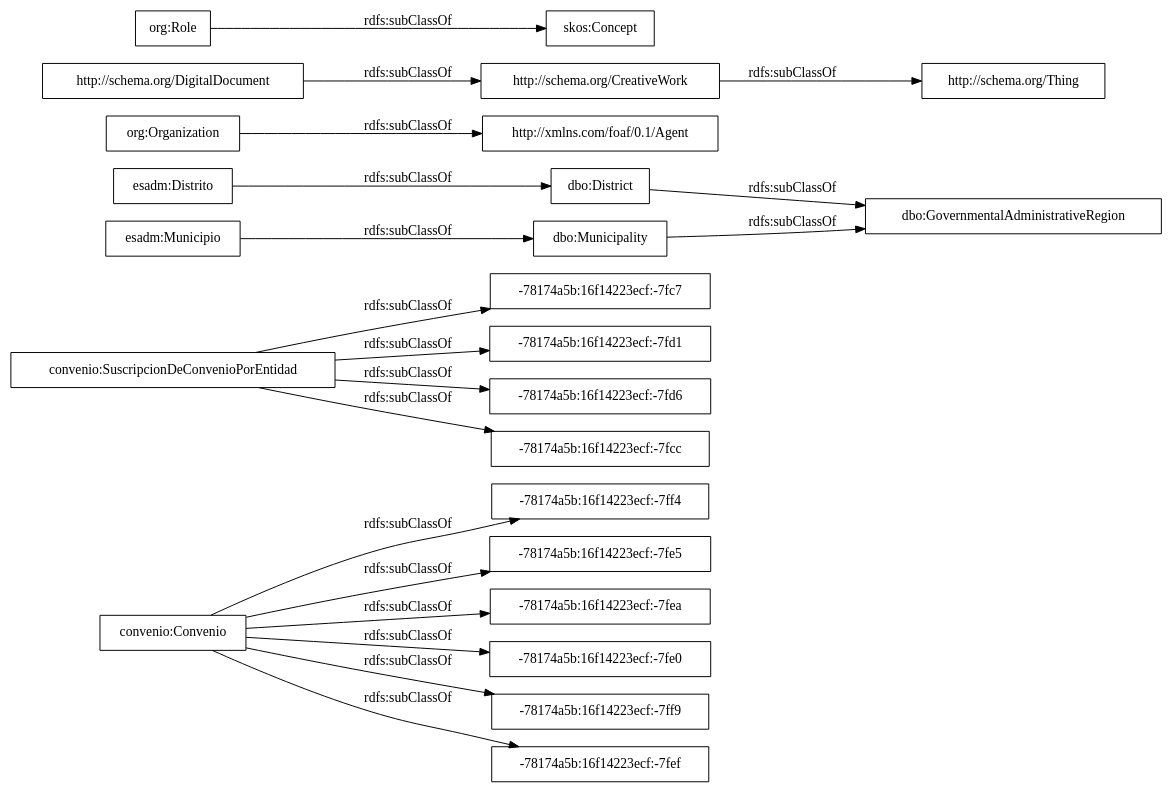
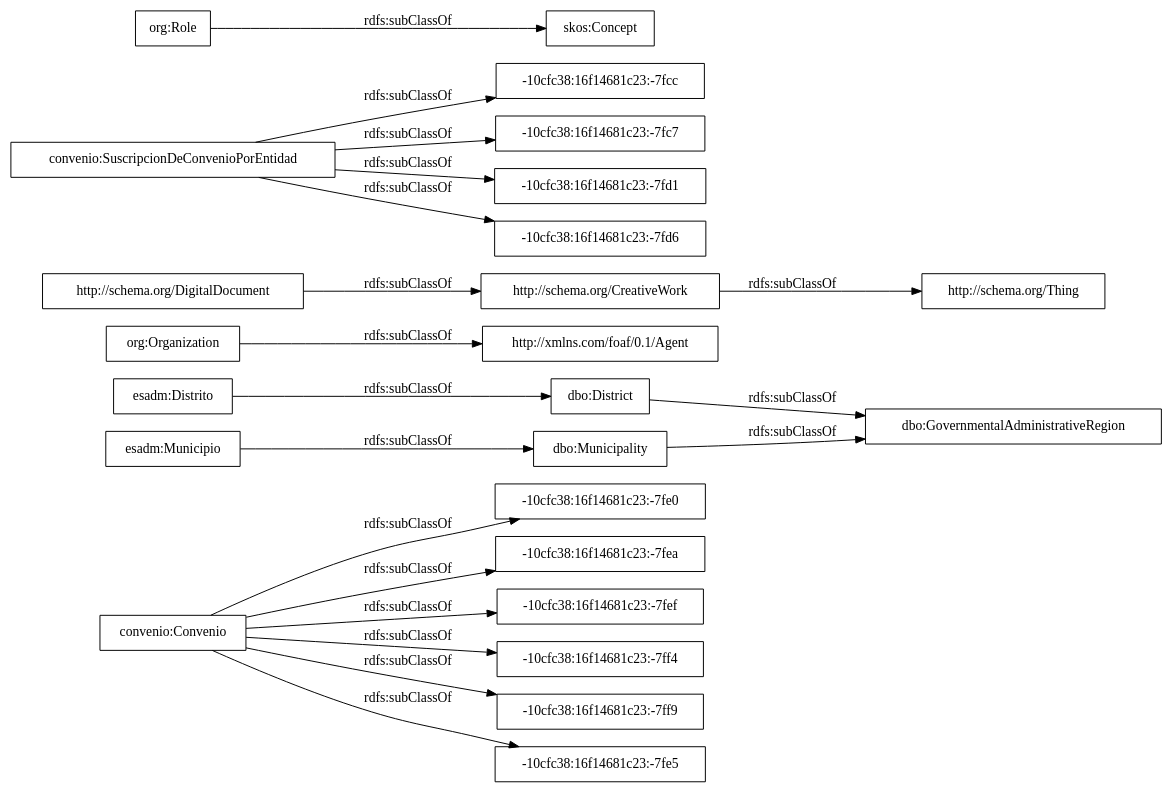
The diagram in OnToology/ontology/convenio.owl/diagrams/ar2dtool-taxonomy/convenio.owl.png.dot (opencitydata/sector-publico-convenio-old), drawn with Graphviz before and after one commit. The commit also changed 21 other files, not shown here.

```diff
--- a/OnToology/ontology/convenio.owl/diagrams/ar2dtool-taxonomy/convenio.owl.png.dot
+++ b/OnToology/ontology/convenio.owl/diagrams/ar2dtool-taxonomy/convenio.owl.png.dot
@@ -1,24 +1,24 @@
 digraph ar2dtool_diagram { 
 rankdir=LR;
 size="1000"
-node [shape = rectangle, color="black"]; "convenio:Convenio" "-78174a5b:16f14223ecf:-7fc7" "dbo:GovernmentalAdministrativeRegion" "http://xmlns.com/foaf/0.1/Agent" "http://schema.org/CreativeWork" "-78174a5b:16f14223ecf:-7ff4" "-78174a5b:16f14223ecf:-7fe5" "-78174a5b:16f14223ecf:-7fea" "dbo:District" "-78174a5b:16f14223ecf:-7fe0" "esadm:Distrito" "-78174a5b:16f14223ecf:-7fd1" "convenio:SuscripcionDeConvenioPorEntidad" "-78174a5b:16f14223ecf:-7ff9" "http://schema.org/DigitalDocument" "http://schema.org/Thing" "-78174a5b:16f14223ecf:-7fef" "dbo:Municipality" "skos:Concept" "esadm:Municipio" "org:Role" "org:Organization" "-78174a5b:16f14223ecf:-7fd6" "-78174a5b:16f14223ecf:-7fcc" ; /*classes style*/
-	"convenio:Convenio" -> "-78174a5b:16f14223ecf:-7ff4" [ label = "rdfs:subClassOf" ];
-	"convenio:Convenio" -> "-78174a5b:16f14223ecf:-7fea" [ label = "rdfs:subClassOf" ];
-	"convenio:Convenio" -> "-78174a5b:16f14223ecf:-7fe0" [ label = "rdfs:subClassOf" ];
-	"convenio:Convenio" -> "-78174a5b:16f14223ecf:-7ff9" [ label = "rdfs:subClassOf" ];
-	"convenio:Convenio" -> "-78174a5b:16f14223ecf:-7fe5" [ label = "rdfs:subClassOf" ];
-	"convenio:Convenio" -> "-78174a5b:16f14223ecf:-7fef" [ label = "rdfs:subClassOf" ];
+node [shape = rectangle, color="black"]; "convenio:Convenio" "-10cfc38:16f14681c23:-7fe0" "dbo:GovernmentalAdministrativeRegion" "-10cfc38:16f14681c23:-7fea" "http://xmlns.com/foaf/0.1/Agent" "http://schema.org/CreativeWork" "-10cfc38:16f14681c23:-7fcc" "-10cfc38:16f14681c23:-7fef" "-10cfc38:16f14681c23:-7fc7" "dbo:District" "-10cfc38:16f14681c23:-7fd1" "convenio:SuscripcionDeConvenioPorEntidad" "-10cfc38:16f14681c23:-7ff4" "http://schema.org/DigitalDocument" "http://schema.org/Thing" "esadm:Distrito" "dbo:Municipality" "-10cfc38:16f14681c23:-7ff9" "skos:Concept" "esadm:Municipio" "org:Organization" "org:Role" "-10cfc38:16f14681c23:-7fd6" "-10cfc38:16f14681c23:-7fe5" ; /*classes style*/
+	"convenio:Convenio" -> "-10cfc38:16f14681c23:-7fef" [ label = "rdfs:subClassOf" ];
+	"convenio:Convenio" -> "-10cfc38:16f14681c23:-7fe0" [ label = "rdfs:subClassOf" ];
+	"convenio:Convenio" -> "-10cfc38:16f14681c23:-7ff4" [ label = "rdfs:subClassOf" ];
+	"convenio:Convenio" -> "-10cfc38:16f14681c23:-7ff9" [ label = "rdfs:subClassOf" ];
+	"convenio:Convenio" -> "-10cfc38:16f14681c23:-7fe5" [ label = "rdfs:subClassOf" ];
+	"convenio:Convenio" -> "-10cfc38:16f14681c23:-7fea" [ label = "rdfs:subClassOf" ];
 	"org:Organization" -> "http://xmlns.com/foaf/0.1/Agent" [ label = "rdfs:subClassOf" ];
 	"http://schema.org/CreativeWork" -> "http://schema.org/Thing" [ label = "rdfs:subClassOf" ];
 	"org:Role" -> "skos:Concept" [ label = "rdfs:subClassOf" ];
-	"convenio:SuscripcionDeConvenioPorEntidad" -> "-78174a5b:16f14223ecf:-7fd1" [ label = "rdfs:subClassOf" ];
-	"convenio:SuscripcionDeConvenioPorEntidad" -> "-78174a5b:16f14223ecf:-7fc7" [ label = "rdfs:subClassOf" ];
-	"convenio:SuscripcionDeConvenioPorEntidad" -> "-78174a5b:16f14223ecf:-7fd6" [ label = "rdfs:subClassOf" ];
-	"convenio:SuscripcionDeConvenioPorEntidad" -> "-78174a5b:16f14223ecf:-7fcc" [ label = "rdfs:subClassOf" ];
+	"convenio:SuscripcionDeConvenioPorEntidad" -> "-10cfc38:16f14681c23:-7fcc" [ label = "rdfs:subClassOf" ];
+	"convenio:SuscripcionDeConvenioPorEntidad" -> "-10cfc38:16f14681c23:-7fd6" [ label = "rdfs:subClassOf" ];
+	"convenio:SuscripcionDeConvenioPorEntidad" -> "-10cfc38:16f14681c23:-7fd1" [ label = "rdfs:subClassOf" ];
+	"convenio:SuscripcionDeConvenioPorEntidad" -> "-10cfc38:16f14681c23:-7fc7" [ label = "rdfs:subClassOf" ];
 	"esadm:Distrito" -> "dbo:District" [ label = "rdfs:subClassOf" ];
 	"dbo:Municipality" -> "dbo:GovernmentalAdministrativeRegion" [ label = "rdfs:subClassOf" ];
 	"dbo:District" -> "dbo:GovernmentalAdministrativeRegion" [ label = "rdfs:subClassOf" ];
 	"http://schema.org/DigitalDocument" -> "http://schema.org/CreativeWork" [ label = "rdfs:subClassOf" ];
 	"esadm:Municipio" -> "dbo:Municipality" [ label = "rdfs:subClassOf" ];
 
 }
```
